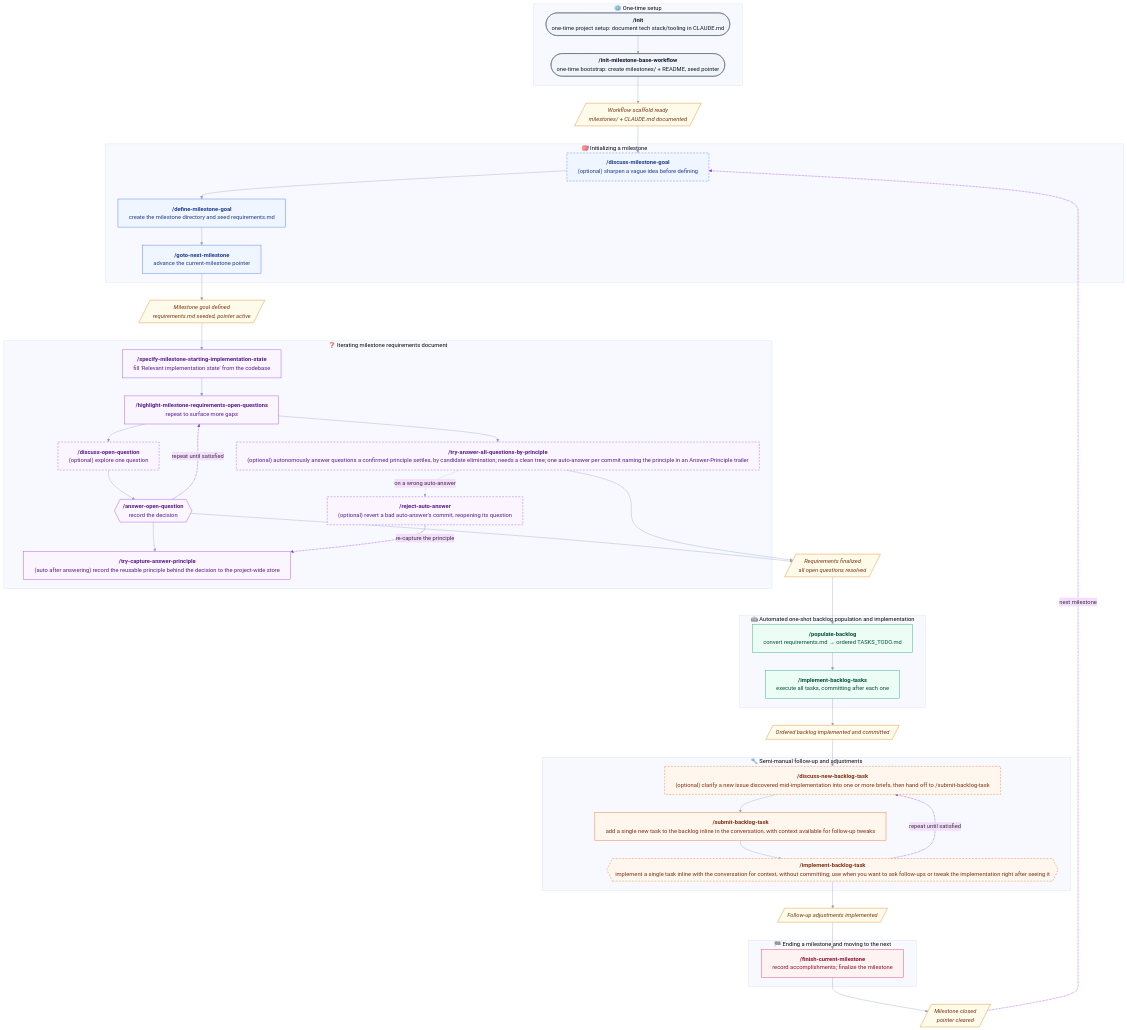
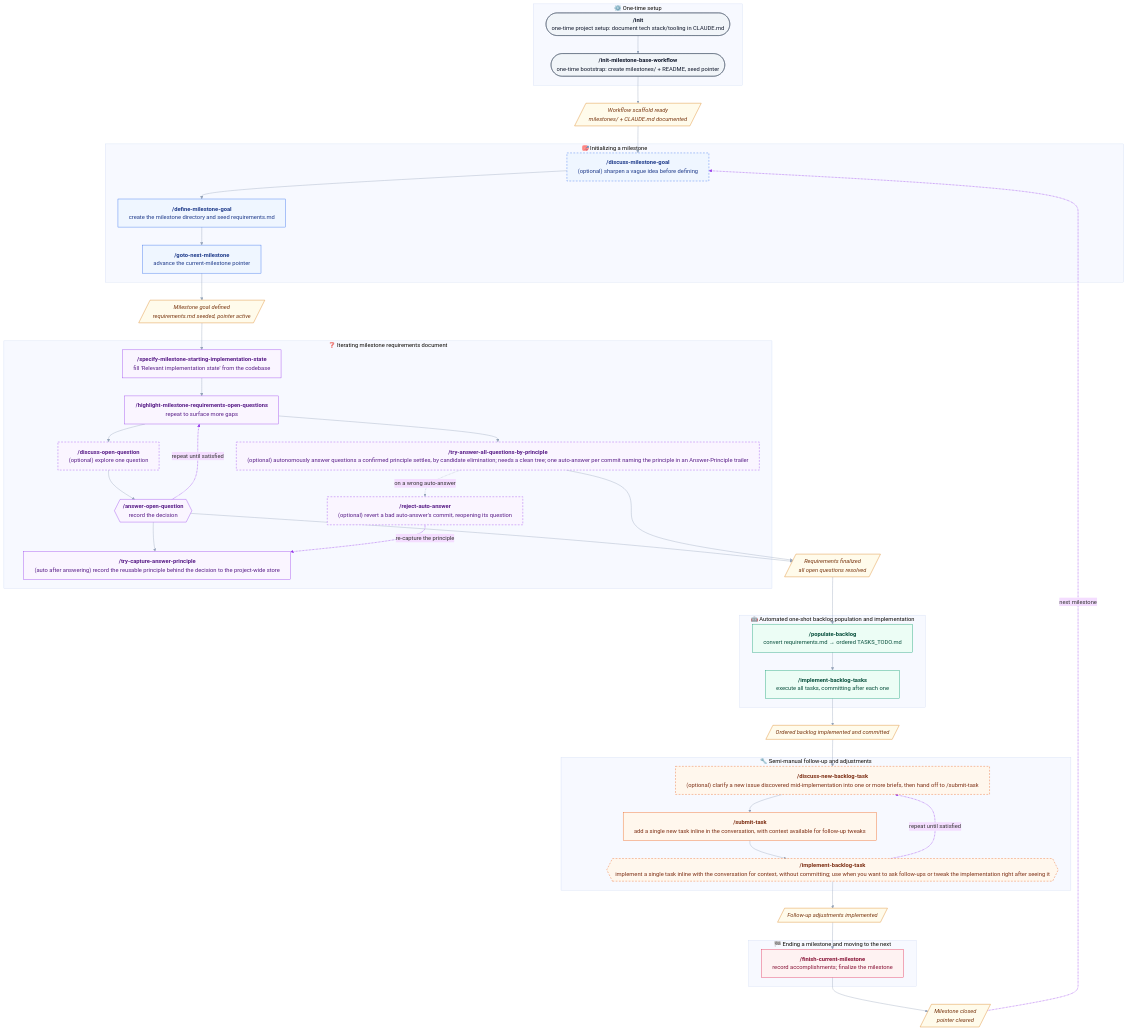
One commit to uHappyLogic/cairn changed the diagram in README.md. Above: the diagram before and after it, drawn with Mermaid. The commit also changed other lines of this file and 8 other files, not shown here.

Commit message:
Rename Submit-Backlog-Task To Submit-Task

```diff
--- a/README.md
+++ b/README.md
@@ -91,8 +91,8 @@
 D3[/"Ordered backlog implemented and committed"/]
 
 subgraph S4["🔧 Semi-manual follow-up and adjustments"]
-    SM1["<b>/discuss-new-backlog-task</b><br/>(optional) clarify a new issue discovered mid-implementation into one or more briefs, then hand off to /submit-backlog-task"]
-    SM2["<b>/submit-backlog-task</b><br/>add a single new task to the backlog inline in the conversation, with context available for follow-up tweaks"]
+    SM1["<b>/discuss-new-backlog-task</b><br/>(optional) clarify a new issue discovered mid-implementation into one or more briefs, then hand off to /submit-task"]
+    SM2["<b>/submit-task</b><br/>add a single new task inline in the conversation, with context available for follow-up tweaks"]
     SM3{{"<b>/implement-backlog-task</b><br/> implement a single task inline with the conversation for context, without committing; use when you want to ask follow-ups or tweak the implementation right after seeing it"}}
 end
 
```
